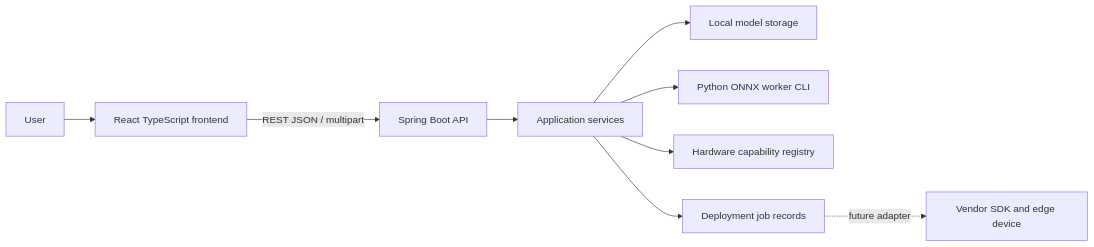
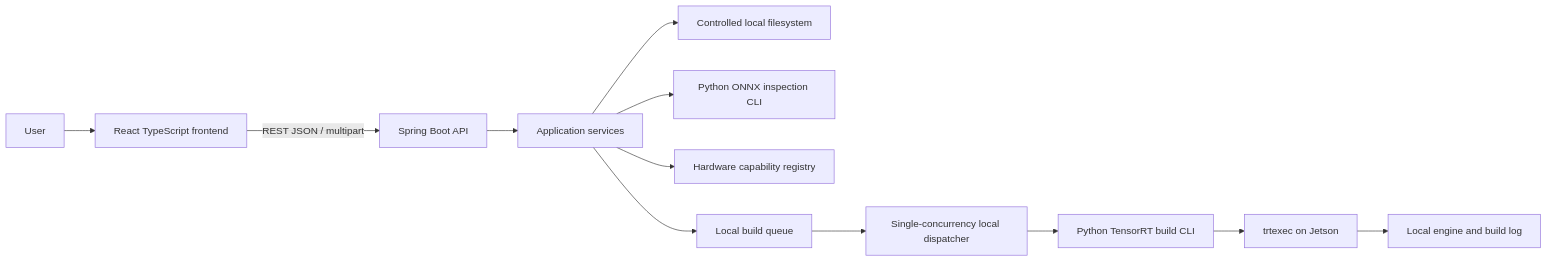
The first of 2 diagrams in docs/architecture.md (jinhongtan/edge-ai-platform), drawn with Mermaid before and after one commit. The commit also changed other lines of this file and 25 other files, not shown here.

````diff
--- a/docs/architecture.md
+++ b/docs/architecture.md
@@ -7,11 +13,14 @@
 ```mermaid
 flowchart LR
   U[User] --> FE[React TypeScript frontend]
   FE -->|REST JSON / multipart| API[Spring Boot API]
   API --> S[Application services]
-  S --> FS[Local model storage]
-  S --> W[Python ONNX worker CLI]
+  S --> FS[Controlled local filesystem]
+  S --> W[Python ONNX inspection CLI]
   S --> H[Hardware capability registry]
-  S --> J[Deployment job records]
-  J -. future adapter .-> V[Vendor SDK and edge device]
+  S --> J[Local build queue]
+  J --> D[Single-concurrency local dispatcher]
+  D --> B[Python TensorRT build CLI]
+  B --> T[trtexec on Jetson]
+  T --> A[Local engine and build log]
 ```
````
